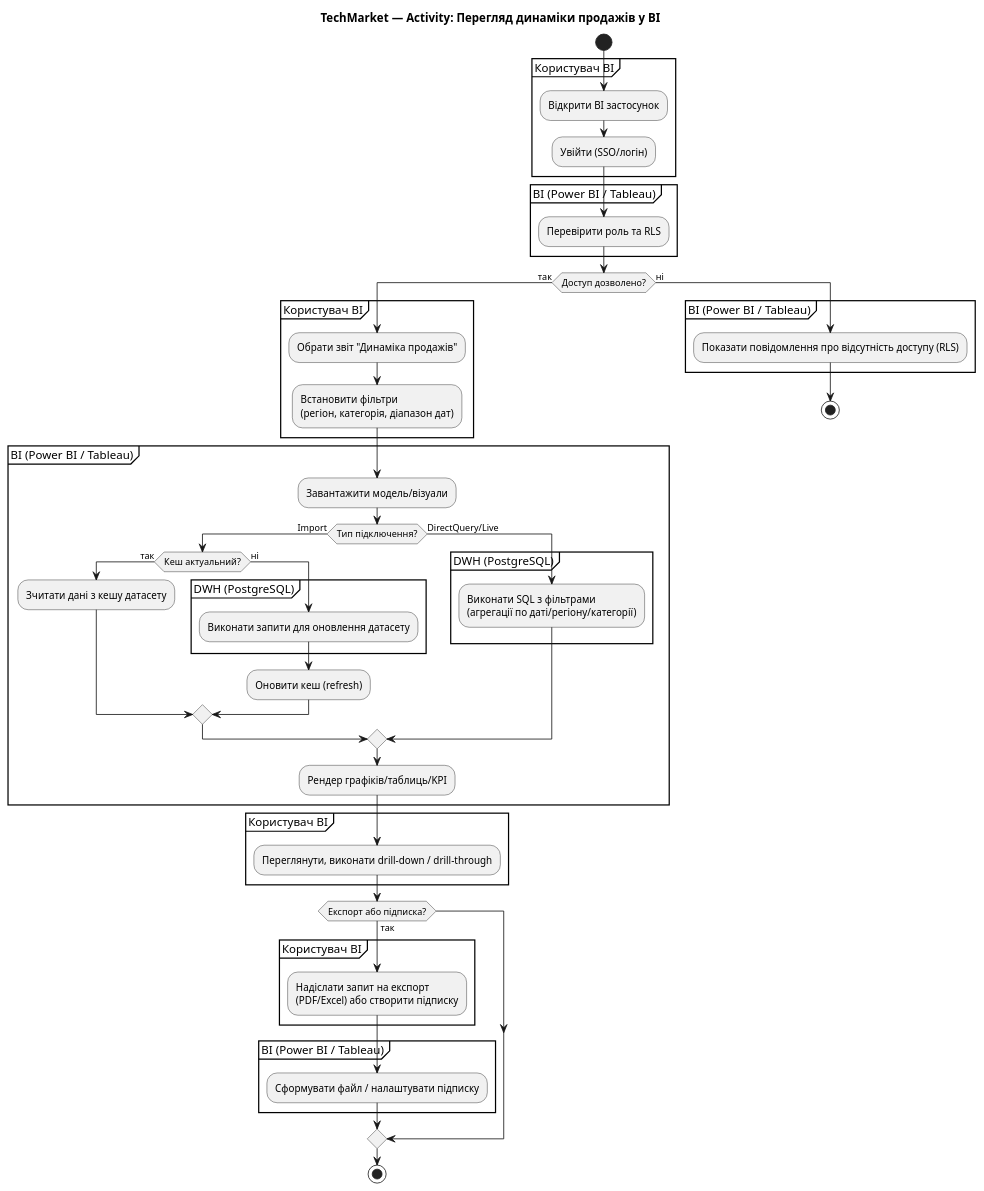
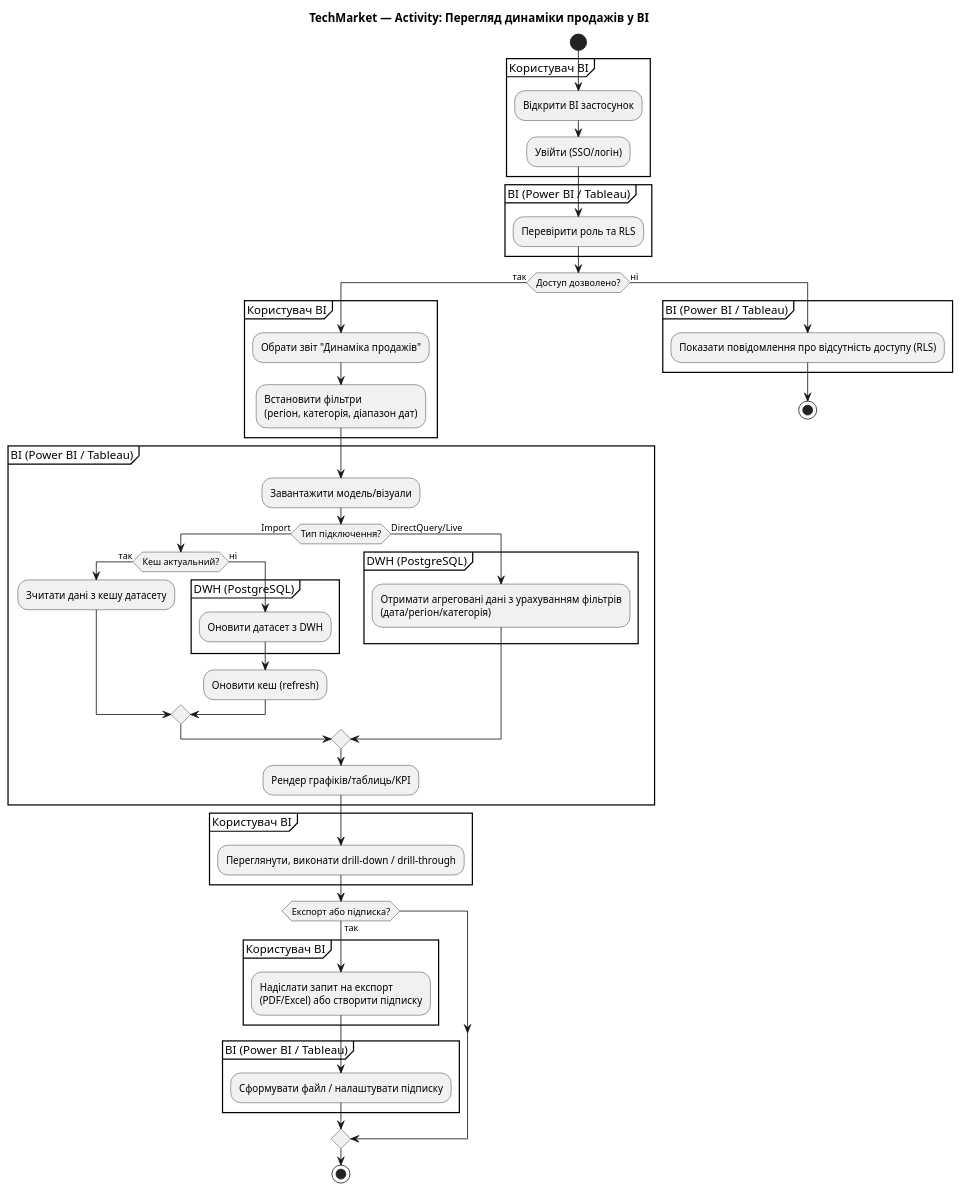
The diagram in 9-sem/Info/docs/activity_bi_sales_trend.puml (kshchuk/uni), drawn with PlantUML before and after one commit. The commit also changed other lines of this file and 46 other files, not shown here.

```diff
--- a/9-sem/Info/docs/activity_bi_sales_trend.puml
+++ b/9-sem/Info/docs/activity_bi_sales_trend.puml
@@ -1,65 +1,65 @@
 @startuml TechMarket_Activity_BI_SalesTrend
 title TechMarket — Activity: Перегляд динаміки продажів у BI
 
 start
 
 partition "Користувач BI" {
   :Відкрити BI застосунок;
   :Увійти (SSO/логін);
 }
 
 partition "BI (Power BI / Tableau)" {
   :Перевірити роль та RLS;
 }
 
 if (Доступ дозволено?) then (так)
   partition "Користувач BI" {
     :Обрати звіт "Динаміка продажів";
     :Встановити фільтри
     (регіон, категорія, діапазон дат);
   }
 
   partition "BI (Power BI / Tableau)" {
     :Завантажити модель/візуали;
     if (Тип підключення?) then (Import)
       if (Кеш актуальний?) then (так)
         :Зчитати дані з кешу датасету;
       else (ні)
         partition "DWH (PostgreSQL)" {
-          :Виконати запити для оновлення датасету;
+          :Оновити датасет з DWH;
         }
         :Оновити кеш (refresh);
       endif
     else (DirectQuery/Live)
       partition "DWH (PostgreSQL)" {
-        :Виконати SQL з фільтрами
-        (агрегації по даті/регіону/категорії);
+        :Отримати агреговані дані з урахуванням фільтрів
+        (дата/регіон/категорія);
       }
     endif
 
     :Рендер графіків/таблиць/KPI;
   }
 
   partition "Користувач BI" {
     :Переглянути, виконати drill-down / drill-through;
   }
 
   if (Експорт або підписка?) then (так)
     partition "Користувач BI" {
       :Надіслати запит на експорт
       (PDF/Excel) або створити підписку;
     }
     partition "BI (Power BI / Tableau)" {
       :Сформувати файл / налаштувати підписку;
     }
   endif
 
   stop
 else (ні)
   partition "BI (Power BI / Tableau)" {
     :Показати повідомлення про відсутність доступу (RLS);
   }
   stop
 endif
 
 @enduml
```
